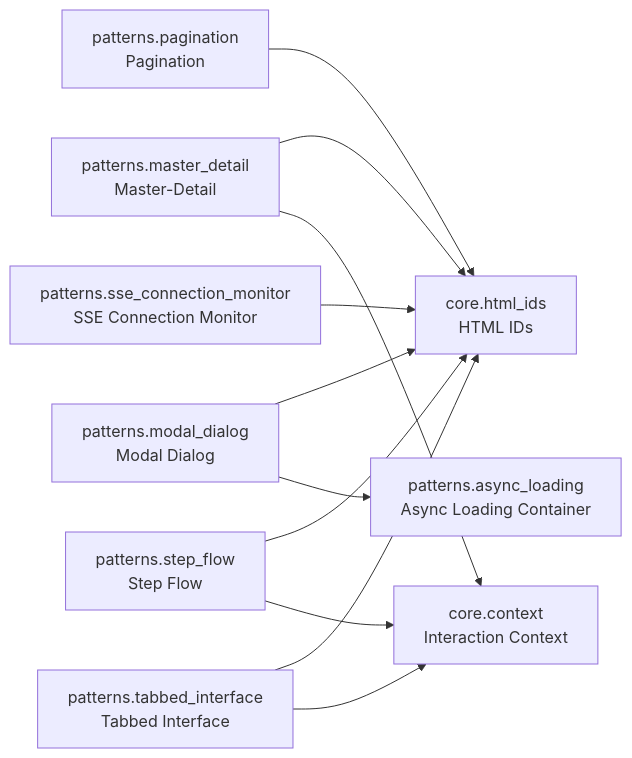
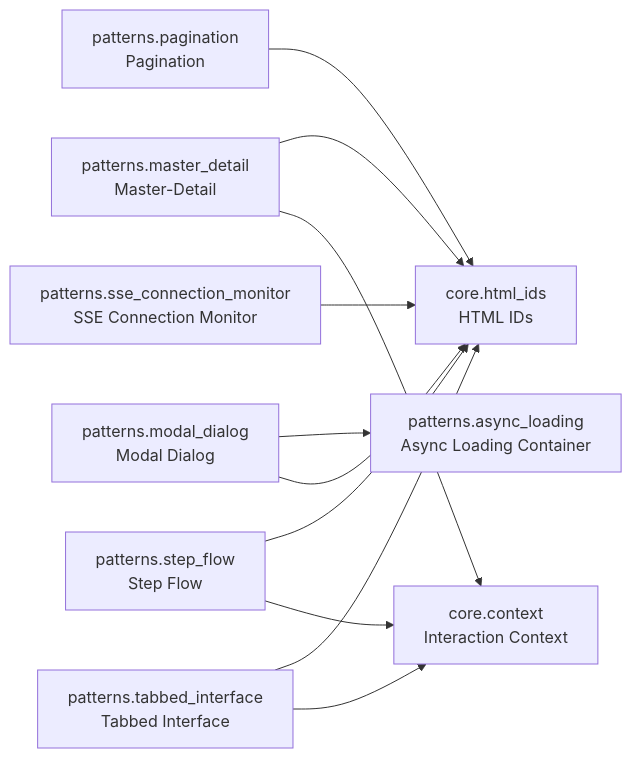
One commit to cj-mills/cjm-fasthtml-interactions changed the diagram in README.md. Above: the diagram before and after it, drawn with Mermaid. The commit also changed other lines of this file and 1 other file, not shown here.

````diff
--- a/README.md
+++ b/README.md
@@ -31,23 +31,23 @@
 ``` mermaid
 graph LR
     core_context[core.context<br/>Interaction Context]
     core_html_ids[core.html_ids<br/>HTML IDs]
     patterns_async_loading[patterns.async_loading<br/>Async Loading Container]
     patterns_master_detail[patterns.master_detail<br/>Master-Detail]
     patterns_modal_dialog[patterns.modal_dialog<br/>Modal Dialog]
     patterns_pagination[patterns.pagination<br/>Pagination]
     patterns_sse_connection_monitor[patterns.sse_connection_monitor<br/>SSE Connection Monitor]
     patterns_step_flow[patterns.step_flow<br/>Step Flow]
     patterns_tabbed_interface[patterns.tabbed_interface<br/>Tabbed Interface]
 
     patterns_master_detail --> core_html_ids
     patterns_master_detail --> core_context
+    patterns_modal_dialog --> patterns_async_loading
     patterns_modal_dialog --> core_html_ids
-    patterns_modal_dialog --> patterns_async_loading
     patterns_pagination --> core_html_ids
     patterns_sse_connection_monitor --> core_html_ids
     patterns_step_flow --> core_html_ids
     patterns_step_flow --> core_context
     patterns_tabbed_interface --> core_html_ids
     patterns_tabbed_interface --> core_context
 ```
````
